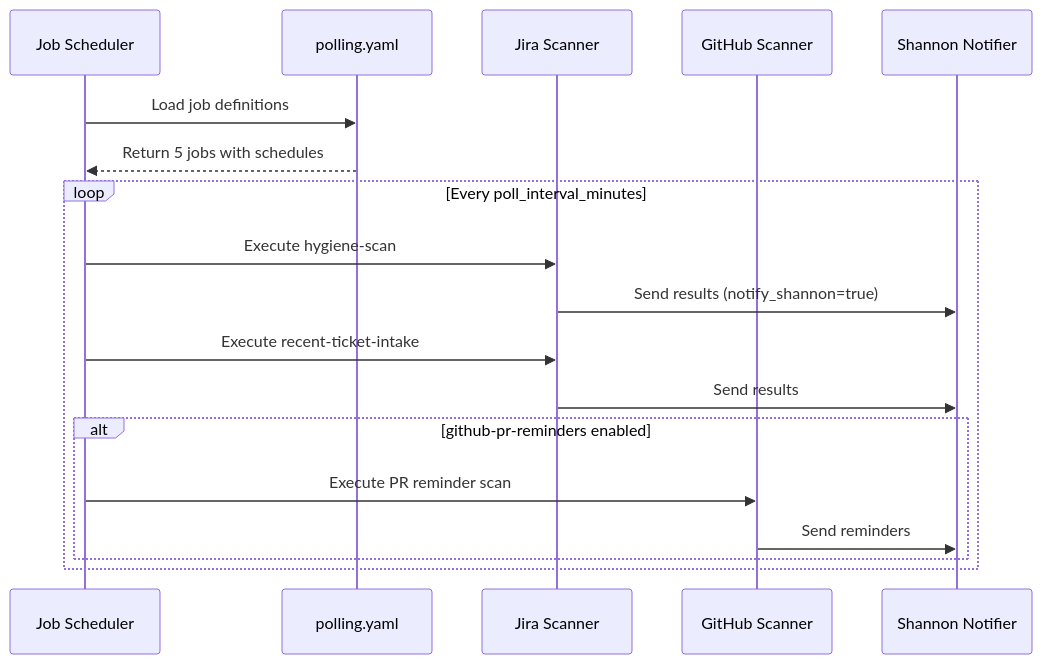
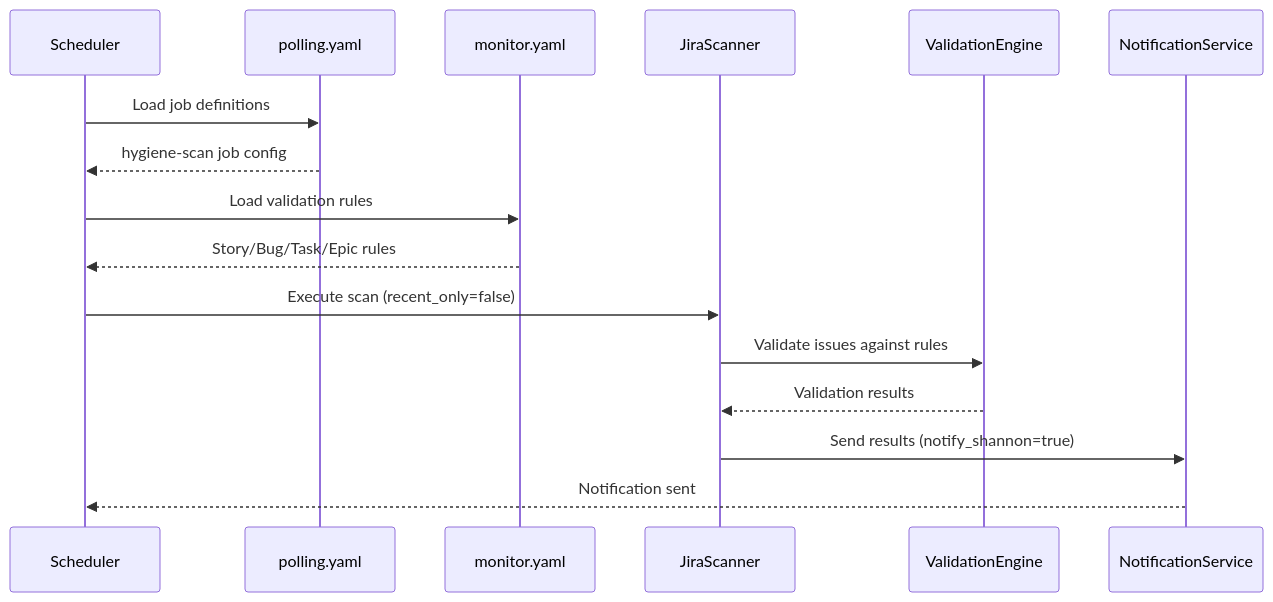
The second of 4 diagrams in agents/drucker/docs/config.md (jmac-cornelis/agent-workforce), drawn with Mermaid before and after one commit. The commit also changed other lines of this file and 7 other files, not shown here.

````diff
--- a/agents/drucker/docs/config.md
+++ b/agents/drucker/docs/config.md
@@ -74,21 +49,19 @@
 ```mermaid
 sequenceDiagram
-    participant Scheduler as Job Scheduler
-    participant Config as polling.yaml
-    participant JiraScanner as Jira Scanner
-    participant GitHubScanner as GitHub Scanner
-    participant Notifier as Shannon Notifier
+    participant Scheduler
+    participant PollingConfig as polling.yaml
+    participant MonitorConfig as monitor.yaml
+    participant JiraScanner
+    participant ValidationEngine
+    participant NotificationService
     
-    Scheduler->>Config: Load job definitions
-    Config-->>Scheduler: Return 5 jobs with schedules
-    loop Every poll_interval_minutes
-        Scheduler->>JiraScanner: Execute hygiene-scan
-        JiraScanner->>Notifier: Send results (notify_shannon=true)
-        Scheduler->>JiraScanner: Execute recent-ticket-intake
-        JiraScanner->>Notifier: Send results
-        alt github-pr-reminders enabled
-            Scheduler->>GitHubScanner: Execute PR reminder scan
-            GitHubScanner->>Notifier: Send reminders
-        end
-    end
+    Scheduler->>PollingConfig: Load job definitions
+    PollingConfig-->>Scheduler: hygiene-scan job config
+    Scheduler->>MonitorConfig: Load validation rules
+    MonitorConfig-->>Scheduler: Story/Bug/Task/Epic rules
+    Scheduler->>JiraScanner: Execute scan (recent_only=false)
+    JiraScanner->>ValidationEngine: Validate issues against rules
+    ValidationEngine-->>JiraScanner: Validation results
+    JiraScanner->>NotificationService: Send results (notify_shannon=true)
+    NotificationService-->>Scheduler: Notification sent
 ```
````
